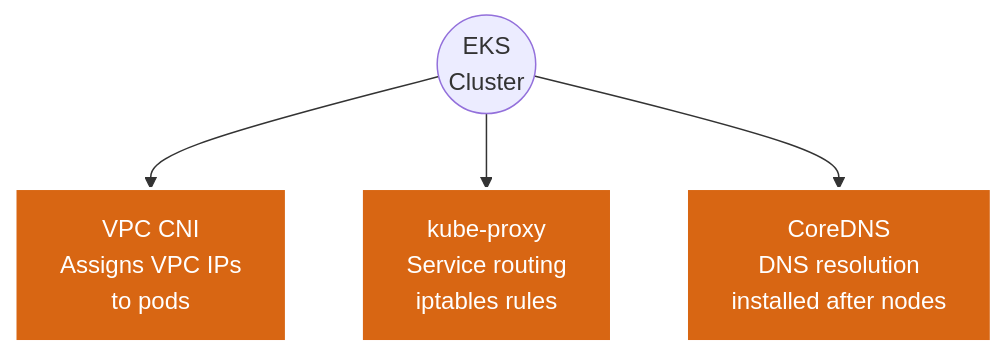
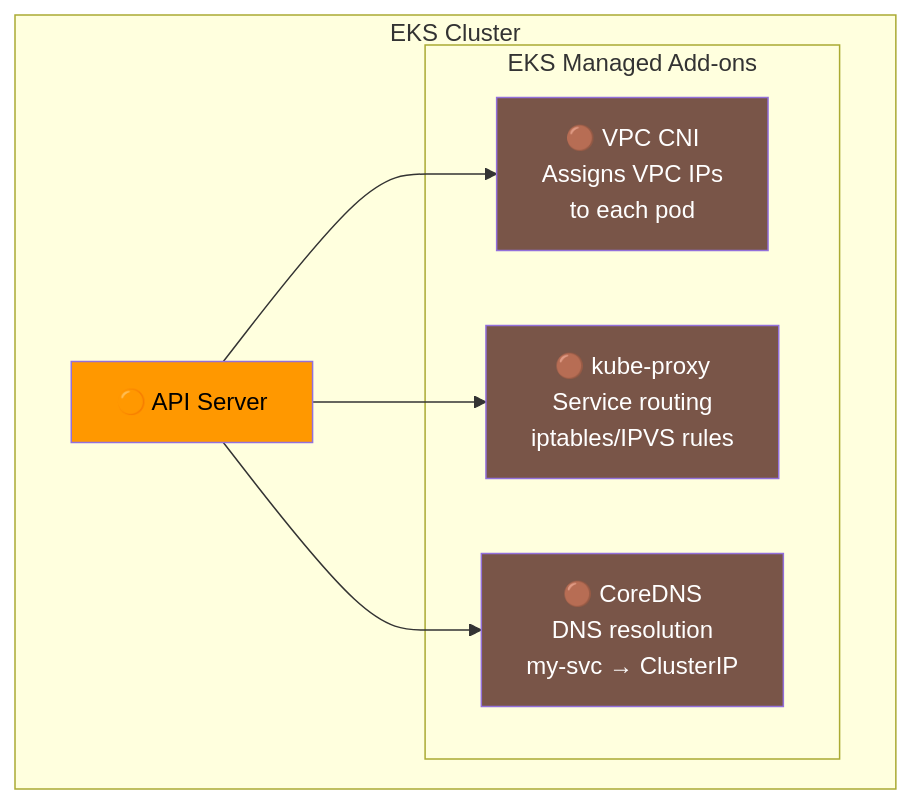
Before and after one commit to selvakumarperumal/EKS_k8s_custom_template_with_Terraform: the eighth of 13 diagrams in docs/architecture-build-steps.md, drawn with Mermaid. The commit also changed other lines of this file, not shown here.

Commit message:
docs: rewrite build steps as proper architecture layout diagrams with subgraphs and styled nodes

````diff
--- a/docs/architecture-build-steps.md
+++ b/docs/architecture-build-steps.md
@@ -303,10 +317,21 @@
 ```mermaid
-graph TD
-    classDef addonStyle fill:#D86613,stroke:#fff,stroke-width:2px,color:#fff
+graph TB
+    subgraph EKS_Cluster["EKS Cluster"]
+        API["🟠 API Server"]
 
-    EKS(("EKS\nCluster")) --> CNI["VPC CNI\nAssigns VPC IPs\nto pods"]
-    EKS --> KProxy["kube-proxy\nService routing\niptables rules"]
-    EKS --> CoreDNS["CoreDNS\nDNS resolution\ninstalled after nodes"]
+        subgraph Addons["EKS Managed Add-ons"]
+            CNI["🟤 VPC CNI\nAssigns VPC IPs\nto each pod"]
+            KPROXY["🟤 kube-proxy\nService routing\niptables/IPVS rules"]
+            COREDNS["🟤 CoreDNS\nDNS resolution\nmy-svc → ClusterIP"]
+        end
+    end
 
-    class CNI,KProxy,CoreDNS addonStyle
+    API --> CNI
+    API --> KPROXY
+    API --> COREDNS
+
+    style API fill:#FF9800,color:#000
+    style CNI fill:#795548,color:#fff
+    style KPROXY fill:#795548,color:#fff
+    style COREDNS fill:#795548,color:#fff
 ```
````
